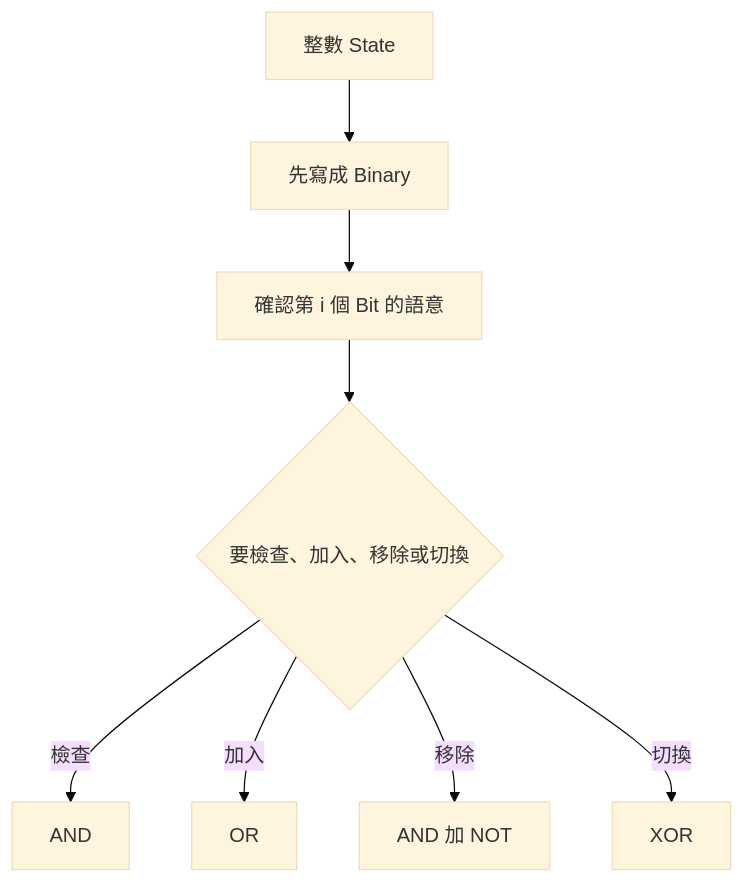
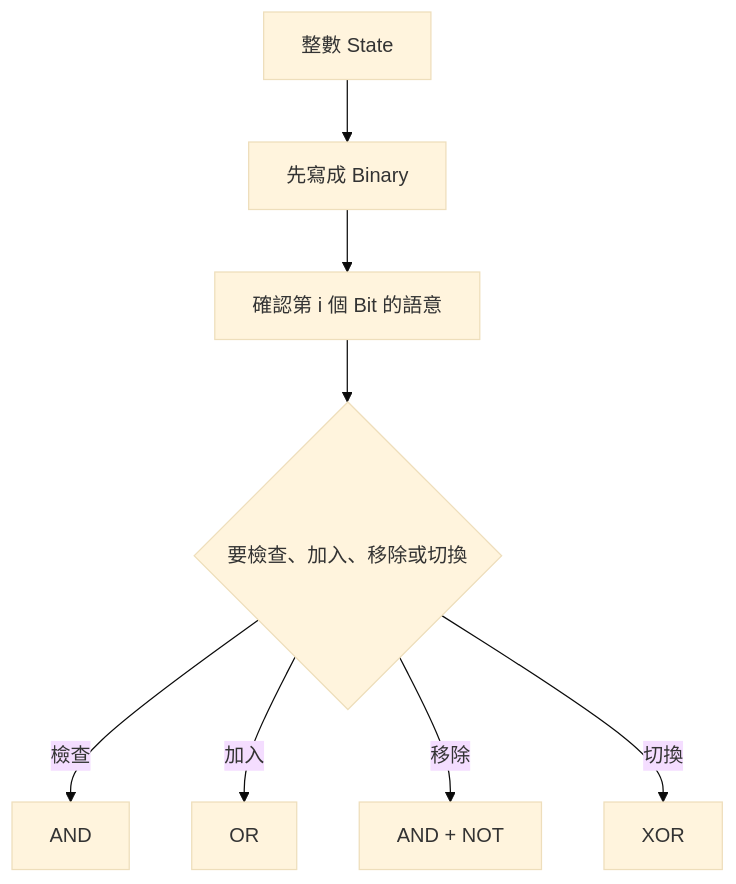
Before and after one commit to davidchen0970/algorithm_note: the first of 2 diagrams in 10_advanced/45_bit_manipulation.md, drawn with Mermaid (base theme). The commit also changed other lines of this file, not shown here.

````diff
--- a/10_advanced/45_bit_manipulation.md
+++ b/10_advanced/45_bit_manipulation.md
@@ -17,10 +11,10 @@
 ```mermaid
 flowchart TD
-    A[整數 State] --> B[先寫成 Binary]
-    B --> C[確認第 i 個 Bit 的語意]
+    A["整數 State"] --> B["先寫成 Binary"]
+    B --> C["確認第 i 個 Bit 的語意"]
     C --> D{"要檢查、加入、移除或切換"}
-    D -->|檢查| E[AND]
-    D -->|加入| F[OR]
-    D -->|移除| G[AND 加 NOT]
-    D -->|切換| H[XOR]
+    D -->|檢查| E["AND"]
+    D -->|加入| F["OR"]
+    D -->|移除| G["AND + NOT"]
+    D -->|切換| H["XOR"]
 ```
````
